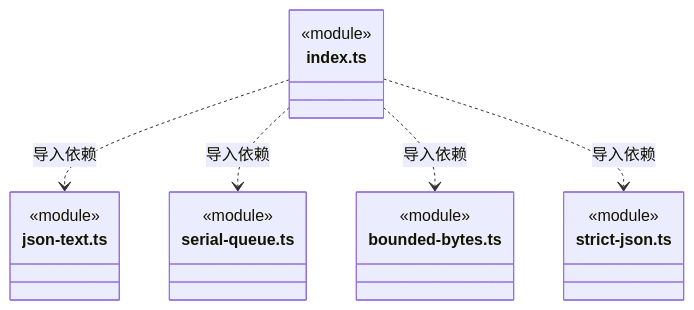
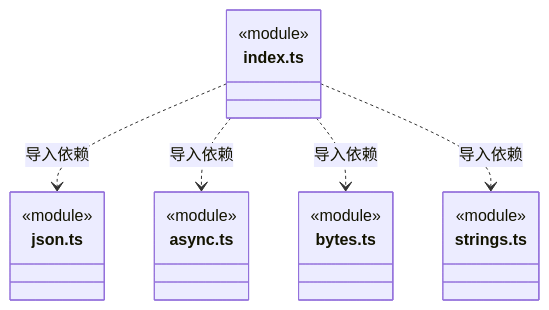
One commit to nan023062/cbim changed the ninth of 9 diagrams in src/foundations/utility/ARCHITECTURE.md. Above: the diagram before and after it, drawn with Mermaid. The commit also changed other lines of this file and 28 other files, not shown here.

````diff
--- a/src/foundations/utility/ARCHITECTURE.md
+++ b/src/foundations/utility/ARCHITECTURE.md
@@ -202,22 +151,22 @@
 ```mermaid
 classDiagram
 class N_src_foundations_utility_index_ts["index.ts"] {
   <<module>>
 }
-class N_src_foundations_utility_json_text_ts["json-text.ts"] {
+class N_src_foundations_utility_json_ts["json.ts"] {
   <<module>>
 }
-class N_src_foundations_utility_serial_queue_ts["serial-queue.ts"] {
+class N_src_foundations_utility_async_ts["async.ts"] {
   <<module>>
 }
-class N_src_foundations_utility_bounded_bytes_ts["bounded-bytes.ts"] {
+class N_src_foundations_utility_bytes_ts["bytes.ts"] {
   <<module>>
 }
-class N_src_foundations_utility_strict_json_ts["strict-json.ts"] {
+class N_src_foundations_utility_strings_ts["strings.ts"] {
   <<module>>
 }
-N_src_foundations_utility_index_ts ..> N_src_foundations_utility_json_text_ts : 导入依赖
-N_src_foundations_utility_index_ts ..> N_src_foundations_utility_serial_queue_ts : 导入依赖
-N_src_foundations_utility_index_ts ..> N_src_foundations_utility_bounded_bytes_ts : 导入依赖
-N_src_foundations_utility_index_ts ..> N_src_foundations_utility_strict_json_ts : 导入依赖
+N_src_foundations_utility_index_ts ..> N_src_foundations_utility_json_ts : 导入依赖
+N_src_foundations_utility_index_ts ..> N_src_foundations_utility_async_ts : 导入依赖
+N_src_foundations_utility_index_ts ..> N_src_foundations_utility_bytes_ts : 导入依赖
+N_src_foundations_utility_index_ts ..> N_src_foundations_utility_strings_ts : 导入依赖
 ```
````
